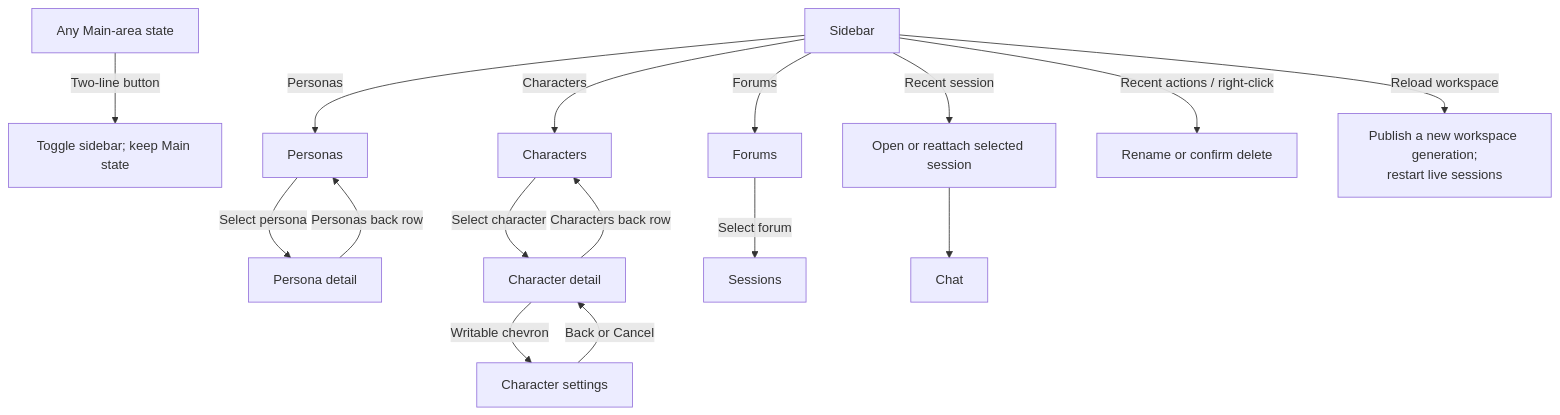
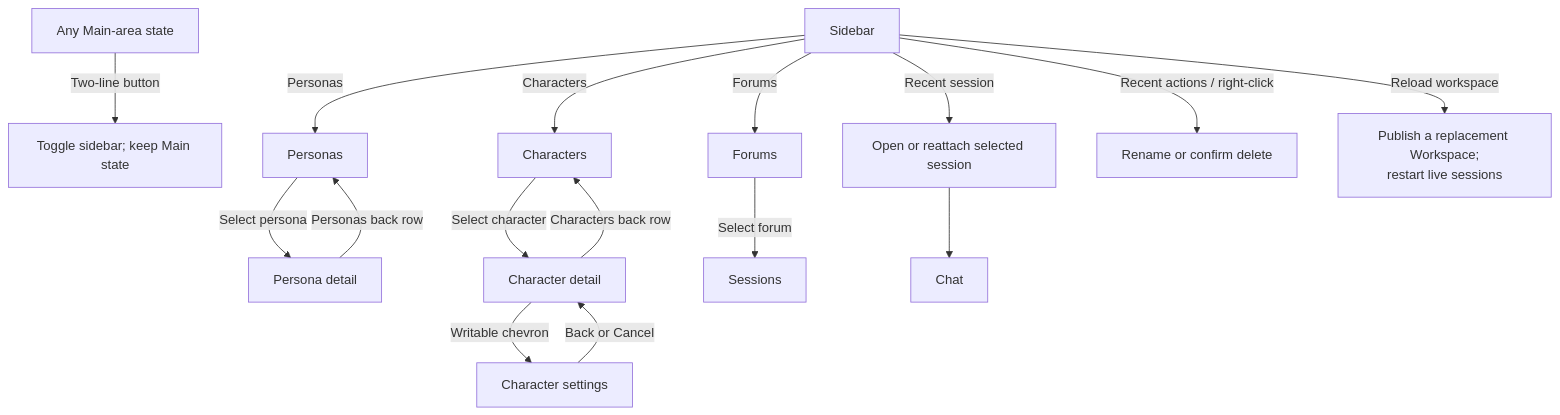
The first of 7 diagrams in docs/web-ui/flows.md (michaelpopov/cha), drawn with Mermaid before and after one commit. The commit also changed 61 other files, not shown here.

````diff
--- a/docs/web-ui/flows.md
+++ b/docs/web-ui/flows.md
@@ -7,18 +7,18 @@
 ```mermaid
 flowchart TD
     Main["Any Main-area state"] -->|"Two-line button"| Toggle["Toggle sidebar; keep Main state"]
     Sidebar["Sidebar"] -->|"Personas"| Personas["Personas"]
     Sidebar -->|"Characters"| Characters["Characters"]
     Sidebar -->|"Forums"| Forums["Forums"]
     Sidebar -->|"Recent session"| Open["Open or reattach selected session"]
     Sidebar -->|"Recent actions / right-click"| Maintain["Rename or confirm delete"]
-    Sidebar -->|"Reload workspace"| Reload["Publish a new workspace generation;<br/>restart live sessions"]
+    Sidebar -->|"Reload workspace"| Reload["Publish a replacement Workspace;<br/>restart live sessions"]
     Personas -->|"Select persona"| PersonaDetail["Persona detail"]
     PersonaDetail -->|"Personas back row"| Personas
     Characters -->|"Select character"| Detail["Character detail"]
     Detail -->|"Characters back row"| Characters
     Detail -->|"Writable chevron"| Settings["Character settings"]
     Settings -->|"Back or Cancel"| Detail
     Forums -->|"Select forum"| Sessions["Sessions"]
     Open --> Chat["Chat"]
 ```
````
